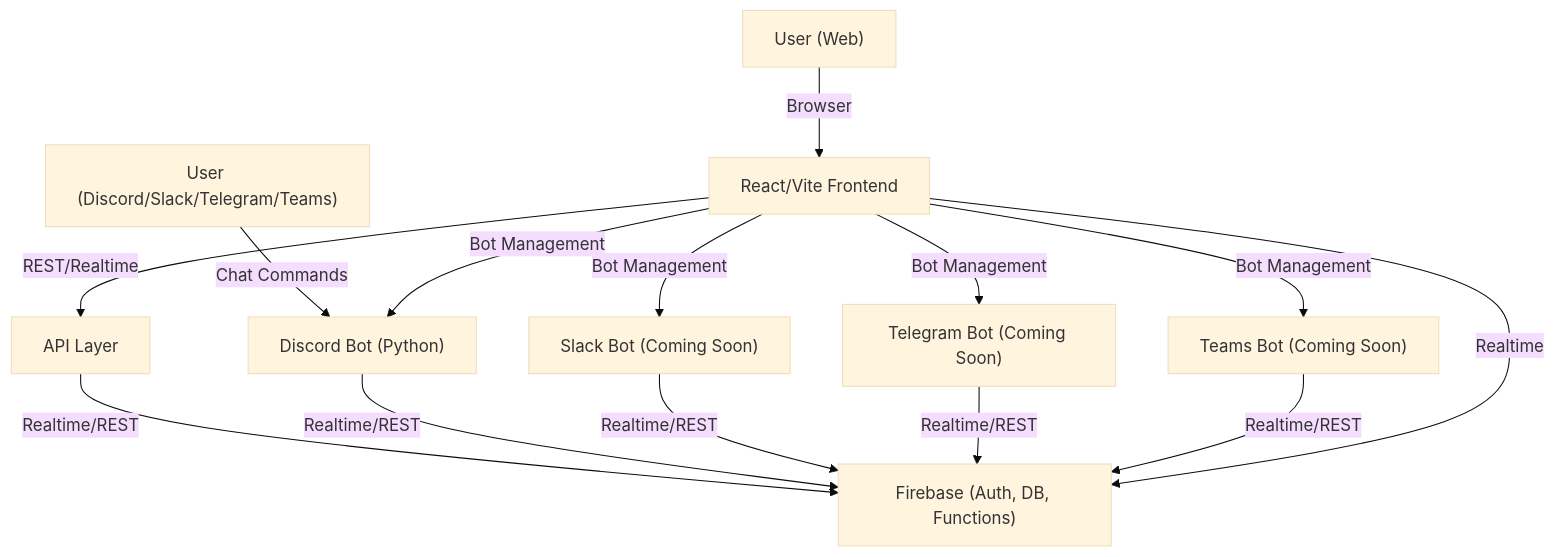
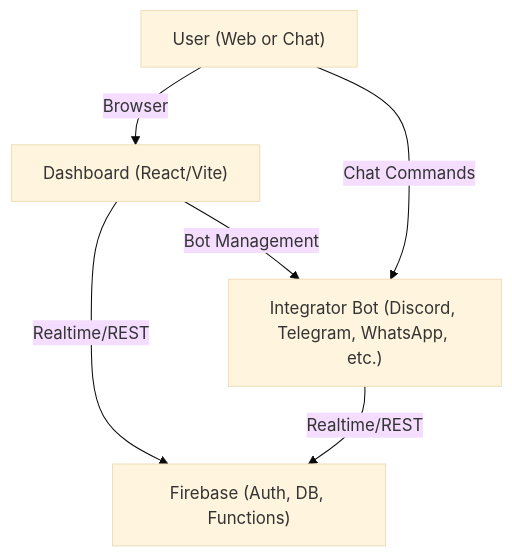
The diagram in README.md (amongus9000/crewmate), drawn with Mermaid (base theme) before and after one commit. The commit also changed other lines of this file and 19 other files, not shown here.

````diff
--- a/README.md
+++ b/README.md
@@ -30,25 +32,12 @@
 ```mermaid
 flowchart TD
-  U1["User (Web)"]
-  U2["User (Discord/Slack/Telegram/Teams)"]
-  FE["React/Vite Frontend"]
-  API["API Layer"]
-  DiscordBot["Discord Bot (Python)"]
-  SlackBot["Slack Bot (Coming Soon)"]
-  TelegramBot["Telegram Bot (Coming Soon)"]
-  TeamsBot["Teams Bot (Coming Soon)"]
+  User["User (Web or Chat)"]
+  Dashboard["Dashboard (React/Vite)"]
+  IntegratorBot["Integrator Bot (Discord, Telegram, WhatsApp, etc.)"]
   Firebase["Firebase (Auth, DB, Functions)"]
-  U1 -->|"Browser"| FE
-  U2 -->|"Chat Commands"| DiscordBot
-  FE -->|"REST/Realtime"| API
-  API -->|"Realtime/REST"| Firebase
-  DiscordBot -->|"Realtime/REST"| Firebase
-  SlackBot -->|"Realtime/REST"| Firebase
-  TelegramBot -->|"Realtime/REST"| Firebase
-  TeamsBot -->|"Realtime/REST"| Firebase
-  FE -->|"Realtime"| Firebase
-  FE -->|"Bot Management"| DiscordBot
-  FE -->|"Bot Management"| SlackBot
-  FE -->|"Bot Management"| TelegramBot
-  FE -->|"Bot Management"| TeamsBot
+  User -->|"Browser"| Dashboard
+  User -->|"Chat Commands"| IntegratorBot
+  Dashboard -->|"Realtime/REST"| Firebase
+  IntegratorBot -->|"Realtime/REST"| Firebase
+  Dashboard -->|"Bot Management"| IntegratorBot
 ```
````
